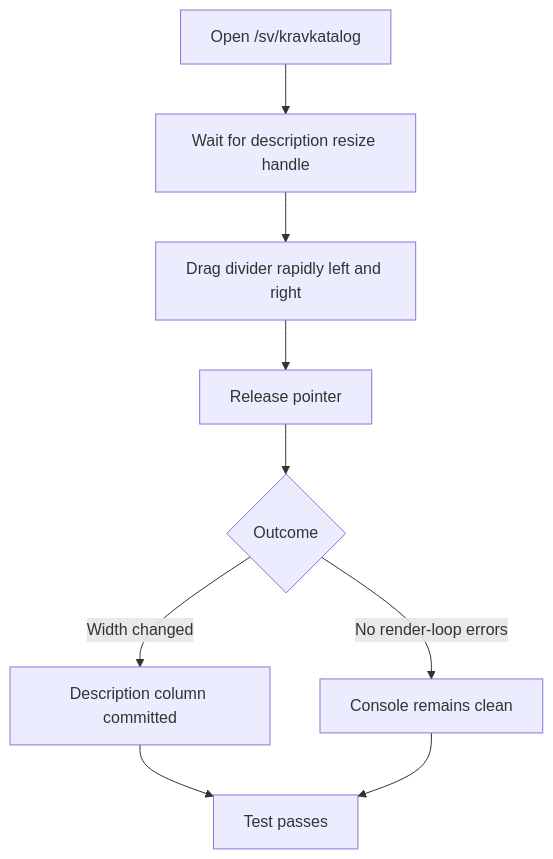
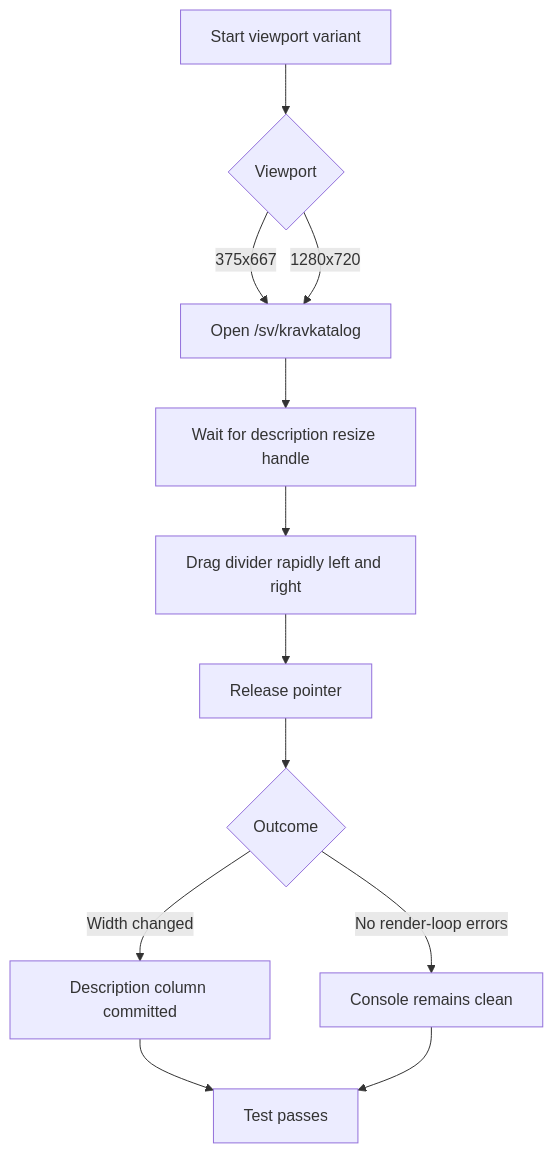
One commit to viscalyx/Kravhantering changed the first of 2 diagrams in tests/integration/requirements-table-resize.md. Above: the diagram before and after it, drawn with Mermaid. The commit also changed other lines of this file and 1 other file, not shown here.

````diff
--- a/tests/integration/requirements-table-resize.md
+++ b/tests/integration/requirements-table-resize.md
@@ -24,11 +28,14 @@
 ```mermaid
 flowchart TD
-    A[Open /sv/kravkatalog] --> B[Wait for description resize handle]
-    B --> C[Drag divider rapidly left and right]
-    C --> D[Release pointer]
-    D --> E{Outcome}
-    E -- Width changed --> F[Description column committed]
-    E -- No render-loop errors --> G[Console remains clean]
-    F --> H[Test passes]
-    G --> H
+    A[Start viewport variant] --> B{Viewport}
+    B -- 375x667 --> C[Open /sv/kravkatalog]
+    B -- 1280x720 --> C
+    C --> D[Wait for description resize handle]
+    D --> E[Drag divider rapidly left and right]
+    E --> F[Release pointer]
+    F --> G{Outcome}
+    G -- Width changed --> H[Description column committed]
+    G -- No render-loop errors --> I[Console remains clean]
+    H --> J[Test passes]
+    I --> J
 ```
````
